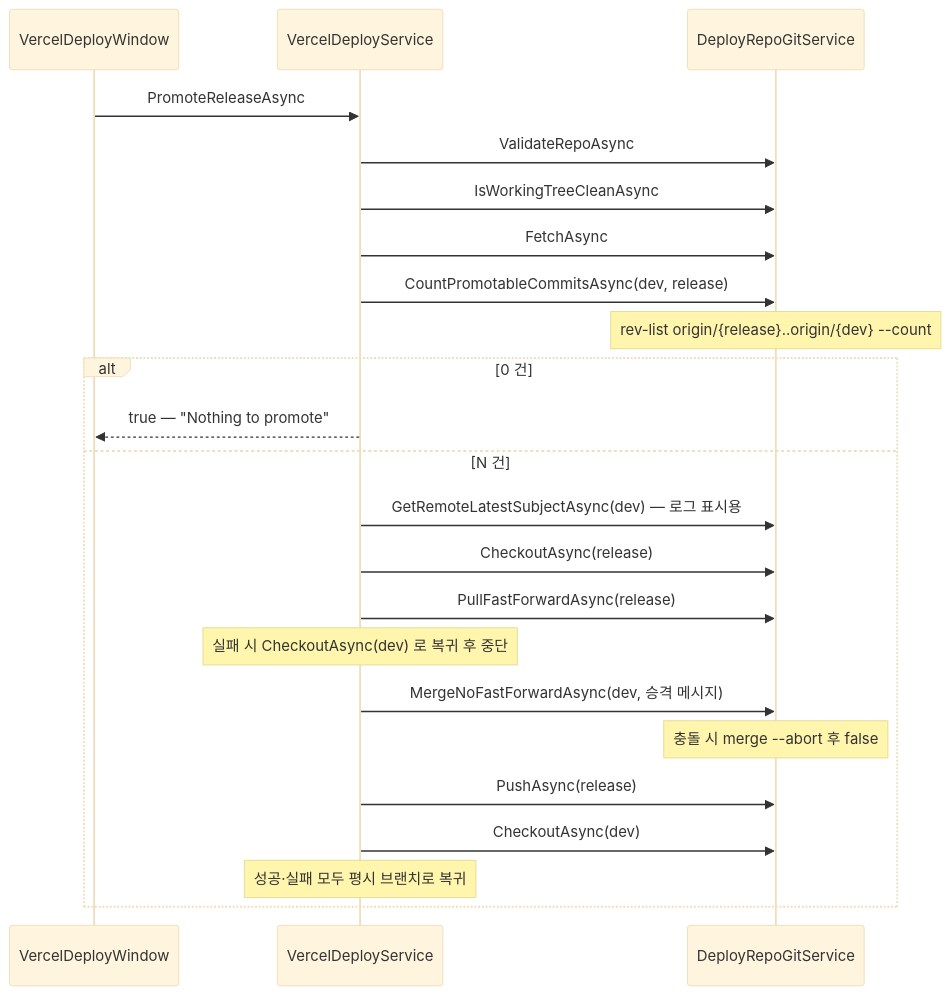
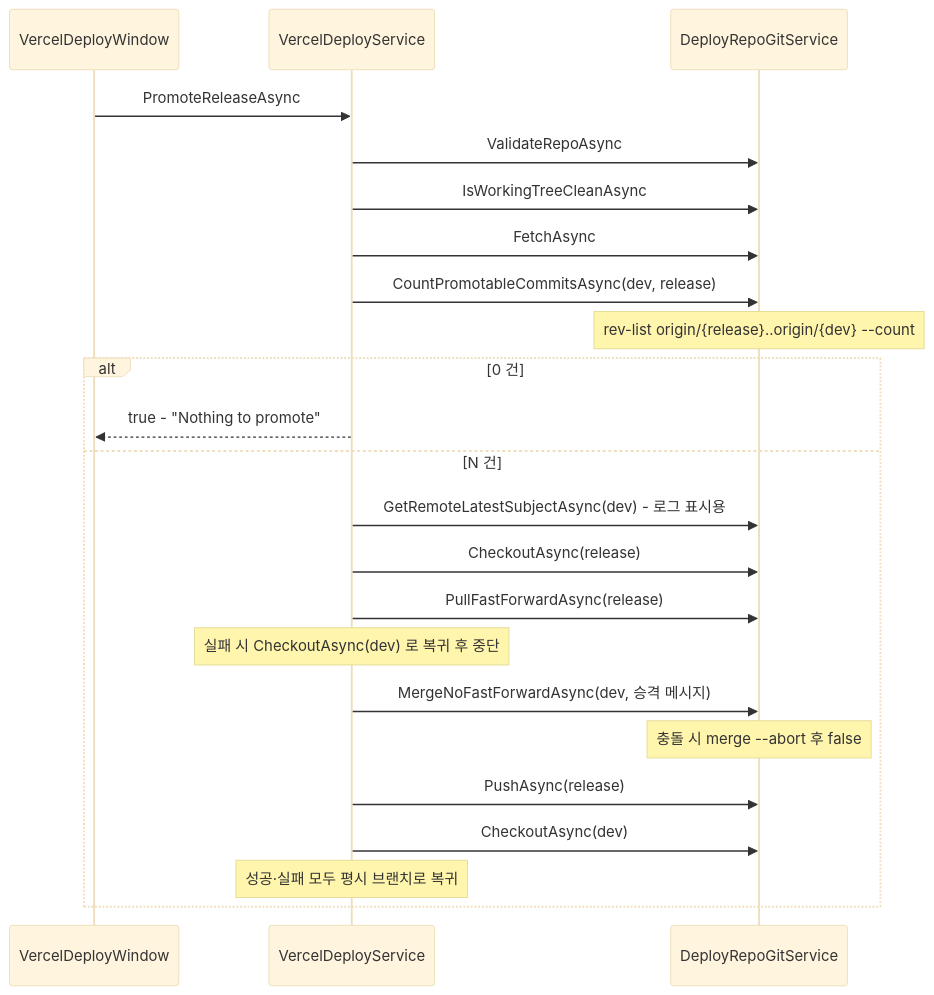
Before and after one commit to HoHong123/HCUP-Unity: the third of 4 diagrams in HDeploy/Editor/README.md, drawn with Mermaid (base theme). The commit also changed other lines of this file, not shown here.

````diff
--- a/HDeploy/Editor/README.md
+++ b/HDeploy/Editor/README.md
@@ -206,26 +205,26 @@
 ```mermaid
 sequenceDiagram
     participant W as VercelDeployWindow
     participant S as VercelDeployService
     participant G as DeployRepoGitService
 
     W->>S: PromoteReleaseAsync
     S->>G: ValidateRepoAsync
     S->>G: IsWorkingTreeCleanAsync
     S->>G: FetchAsync
     S->>G: CountPromotableCommitsAsync(dev, release)
     Note over G: rev-list origin/{release}..origin/{dev} --count
     alt 0 건
-        S-->>W: true — "Nothing to promote"
+        S-->>W: true - "Nothing to promote"
     else N 건
-        S->>G: GetRemoteLatestSubjectAsync(dev) — 로그 표시용
+        S->>G: GetRemoteLatestSubjectAsync(dev) - 로그 표시용
         S->>G: CheckoutAsync(release)
         S->>G: PullFastForwardAsync(release)
         Note over S: 실패 시 CheckoutAsync(dev) 로 복귀 후 중단
         S->>G: MergeNoFastForwardAsync(dev, 승격 메시지)
         Note over G: 충돌 시 merge --abort 후 false
         S->>G: PushAsync(release)
         S->>G: CheckoutAsync(dev)
         Note over S: 성공·실패 모두 평시 브랜치로 복귀
     end
 ```
````
